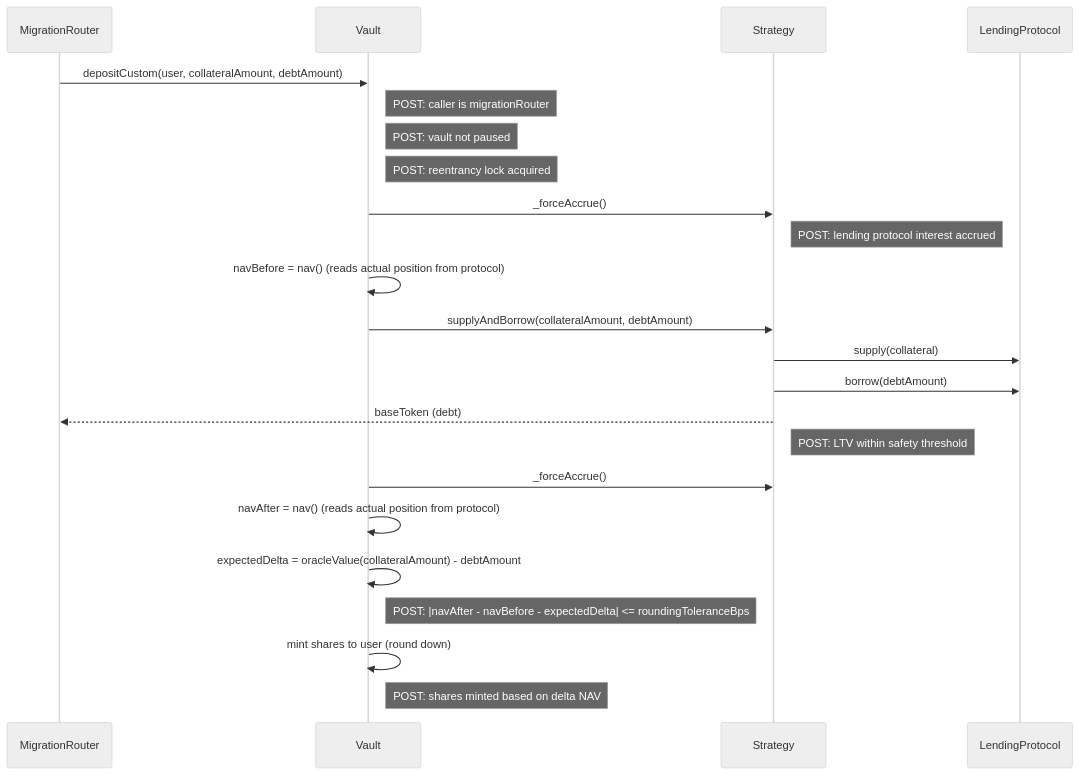
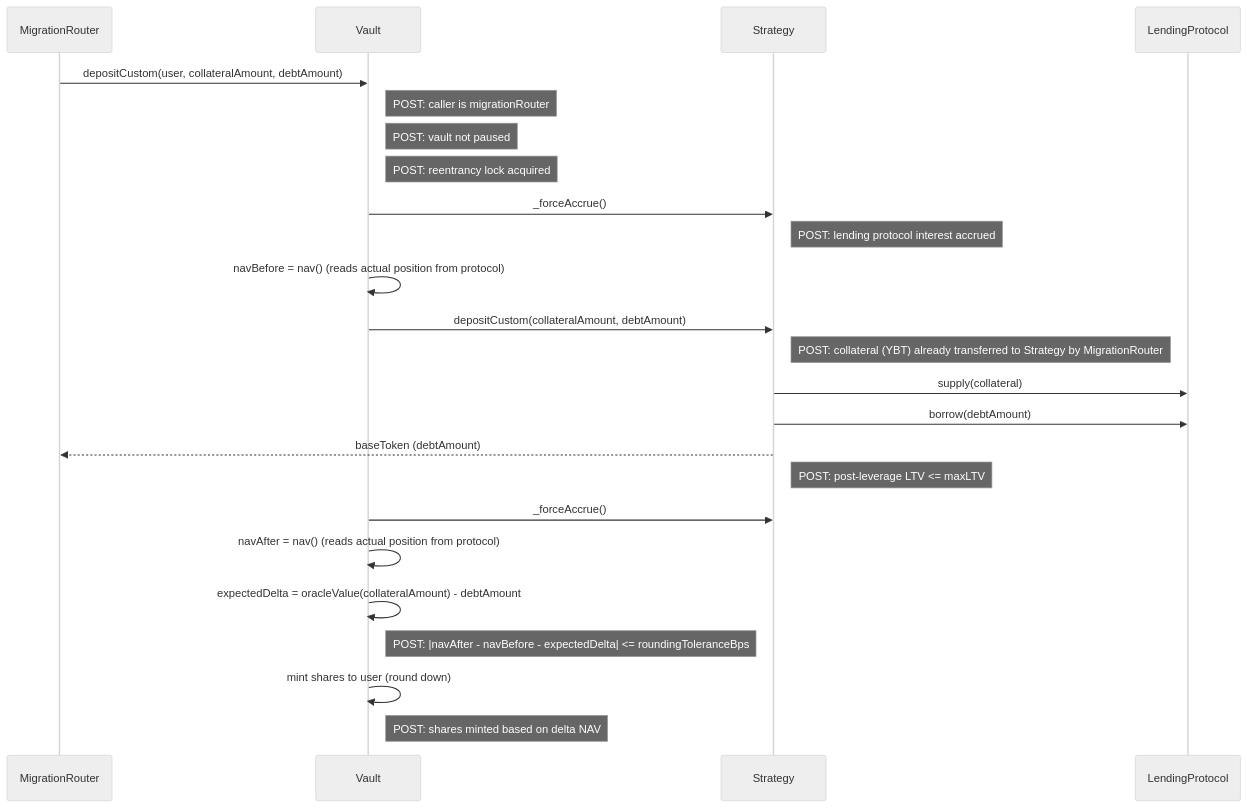
The ninth of 17 diagrams in docs/architecture/call-diagrams.md (evgenynacu/leverage-vaults), drawn with Mermaid (neutral theme) before and after one commit. The commit also changed other lines of this file and 10 other files, not shown here.

````diff
--- a/docs/architecture/call-diagrams.md
+++ b/docs/architecture/call-diagrams.md
@@ -133,21 +166,22 @@
 ```mermaid
 sequenceDiagram
     MigrationRouter->>Vault: depositCustom(user, collateralAmount, debtAmount)
     note right of Vault: POST: caller is migrationRouter
     note right of Vault: POST: vault not paused
     note right of Vault: POST: reentrancy lock acquired
     Vault->>Strategy: _forceAccrue()
     note right of Strategy: POST: lending protocol interest accrued
     Vault->>Vault: navBefore = nav() (reads actual position from protocol)
-    Vault->>Strategy: supplyAndBorrow(collateralAmount, debtAmount)
+    Vault->>Strategy: depositCustom(collateralAmount, debtAmount)
+    note right of Strategy: POST: collateral (YBT) already transferred to Strategy by MigrationRouter
     Strategy->>LendingProtocol: supply(collateral)
     Strategy->>LendingProtocol: borrow(debtAmount)
-    Strategy-->>MigrationRouter: baseToken (debt)
-    note right of Strategy: POST: LTV within safety threshold
+    Strategy-->>MigrationRouter: baseToken (debtAmount)
+    note right of Strategy: POST: post-leverage LTV <= maxLTV
     Vault->>Strategy: _forceAccrue()
     Vault->>Vault: navAfter = nav() (reads actual position from protocol)
     Vault->>Vault: expectedDelta = oracleValue(collateralAmount) - debtAmount
     note right of Vault: POST: |navAfter - navBefore - expectedDelta| <= roundingToleranceBps
     Vault->>Vault: mint shares to user (round down)
     note right of Vault: POST: shares minted based on delta NAV
 ```
````
